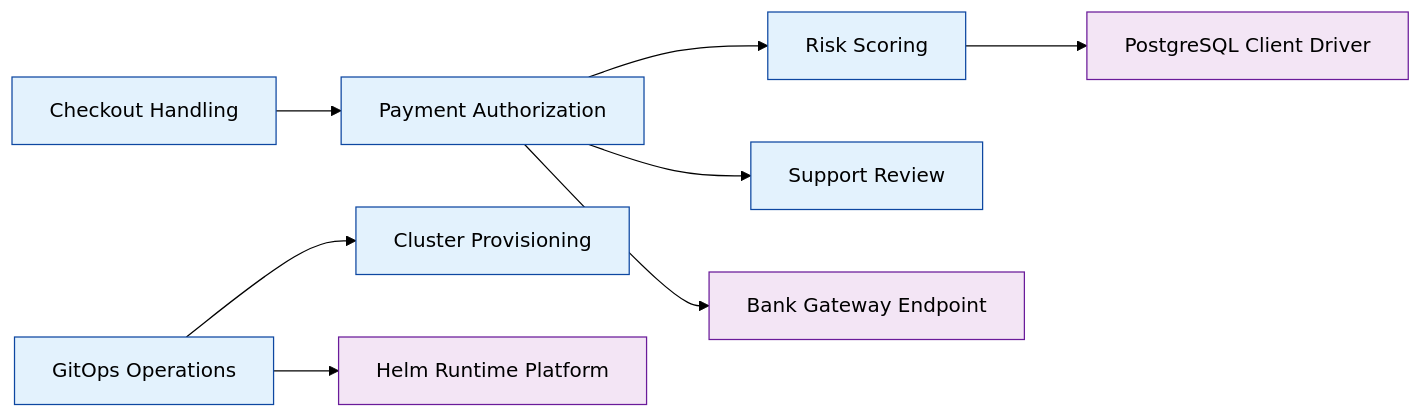
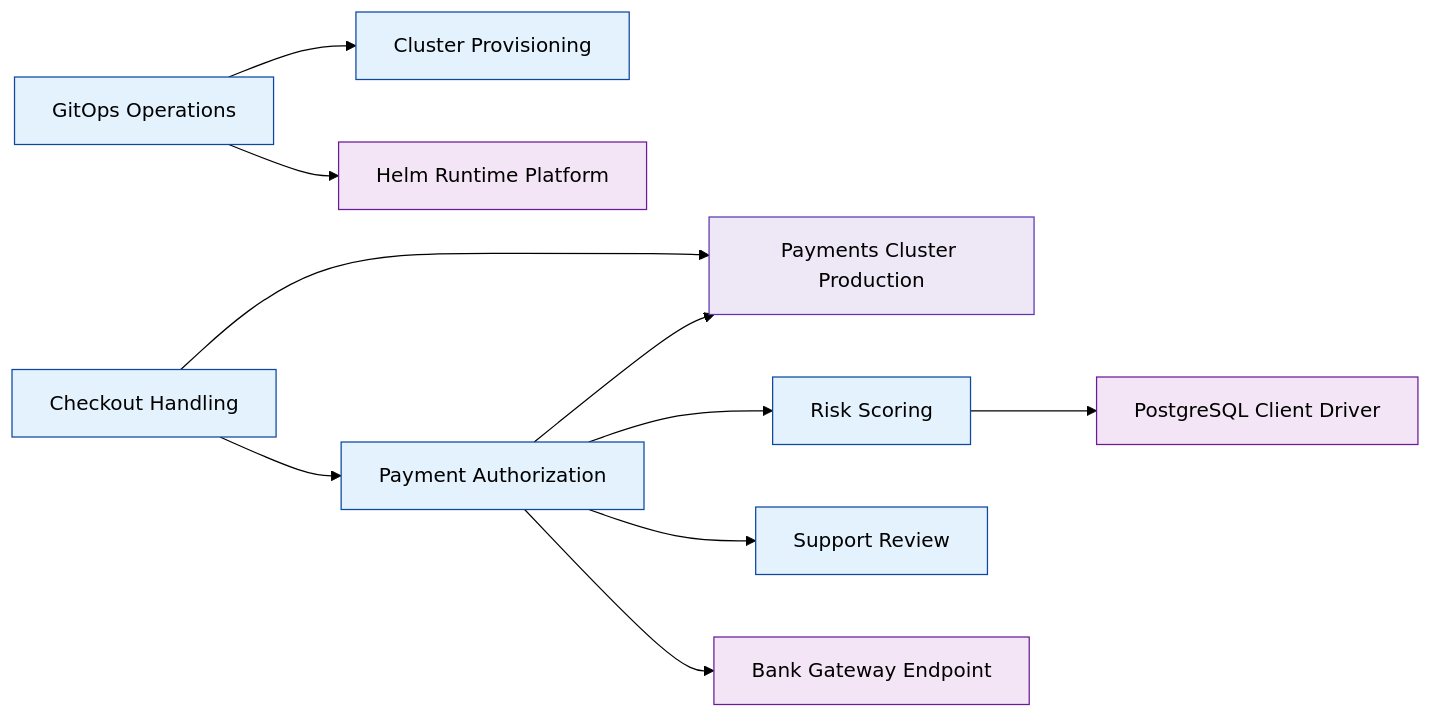
The diagram in examples/payments-engineering-sample/generated/VIEW-TRACEABILITY.mmd (labeth/engineering-model-go), drawn with Mermaid (forest theme) before and after one commit. The commit also changed 66 other files, not shown here.

```diff
--- a/examples/payments-engineering-sample/generated/VIEW-TRACEABILITY.mmd
+++ b/examples/payments-engineering-sample/generated/VIEW-TRACEABILITY.mmd
@@ -1,33 +1,36 @@
 flowchart LR
 %% view: VIEW-TRACEABILITY (traceability)
+N_DEP_PAYMENTS_CLUSTER_PROD["Payments Cluster Production"]:::deployment_target
 N_FU_CHECKOUT["Checkout Handling"]:::functional_unit
 N_FU_CLUSTER_PROVISIONING["Cluster Provisioning"]:::functional_unit
 N_FU_GITOPS_OPERATIONS["GitOps Operations"]:::functional_unit
 N_FU_PAYMENT_AUTHORIZATION["Payment Authorization"]:::functional_unit
 N_FU_RISK_SCORING["Risk Scoring"]:::functional_unit
 N_FU_SUPPORT_REVIEW["Support Review"]:::functional_unit
 N_REF_BANK_GATEWAY_ENDPOINT["Bank Gateway Endpoint"]:::referenced_element
 N_REF_HELM_PLATFORM["Helm Runtime Platform"]:::referenced_element
 N_REF_POSTGRES_DRIVER["PostgreSQL Client Driver"]:::referenced_element
+N_FU_CHECKOUT --> N_DEP_PAYMENTS_CLUSTER_PROD
 N_FU_CHECKOUT --> N_FU_PAYMENT_AUTHORIZATION
 N_FU_GITOPS_OPERATIONS --> N_FU_CLUSTER_PROVISIONING
 N_FU_GITOPS_OPERATIONS --> N_REF_HELM_PLATFORM
+N_FU_PAYMENT_AUTHORIZATION --> N_DEP_PAYMENTS_CLUSTER_PROD
 N_FU_PAYMENT_AUTHORIZATION --> N_FU_RISK_SCORING
 N_FU_PAYMENT_AUTHORIZATION --> N_FU_SUPPORT_REVIEW
 N_FU_PAYMENT_AUTHORIZATION --> N_REF_BANK_GATEWAY_ENDPOINT
 N_FU_RISK_SCORING --> N_REF_POSTGRES_DRIVER
 classDef functional_group fill:#e8f5e9,stroke:#1b5e20,stroke-width:1px;
 classDef functional_unit fill:#e3f2fd,stroke:#0d47a1,stroke-width:1px;
 classDef actor fill:#fff8e1,stroke:#ef6c00,stroke-width:1px;
 classDef attack_vector fill:#ffebee,stroke:#b71c1c,stroke-width:1px;
 classDef referenced_element fill:#f3e5f5,stroke:#6a1b9a,stroke-width:1px;
-classDef interface fill:#e8f5e9,stroke:#2e7d32,stroke-width:1px;
-classDef data_object fill:#fff3e0,stroke:#ef6c00,stroke-width:1px;
+classDef interface fill:#e8f5e9,stroke:#2e7d32,stroke-width:2px,stroke-dasharray: 6 3;
+classDef data_object fill:#fff3e0,stroke:#ef6c00,stroke-width:2px,stroke-dasharray: 2 2;
 classDef deployment_target fill:#ede7f6,stroke:#5e35b1,stroke-width:1px;
 classDef control fill:#fce4ec,stroke:#ad1457,stroke-width:1px;
-classDef trust_boundary fill:#e0f7fa,stroke:#006064,stroke-width:1px;
+classDef trust_boundary fill:#e0f7fa,stroke:#006064,stroke-width:2px,stroke-dasharray: 10 4;
 classDef state fill:#e1f5fe,stroke:#0277bd,stroke-width:1px;
 classDef event fill:#fffde7,stroke:#f9a825,stroke-width:1px;
-classDef flow fill:#ede7f6,stroke:#4527a0,stroke-width:1px;
-classDef flow_step fill:#f1f8e9,stroke:#33691e,stroke-width:1px;
+classDef flow fill:#ede7f6,stroke:#4527a0,stroke-width:2px;
+classDef flow_step fill:#f1f8e9,stroke:#33691e,stroke-width:2px;
 classDef unknown fill:#ffffff,stroke:#adb5bd,stroke-width:1px;
```
